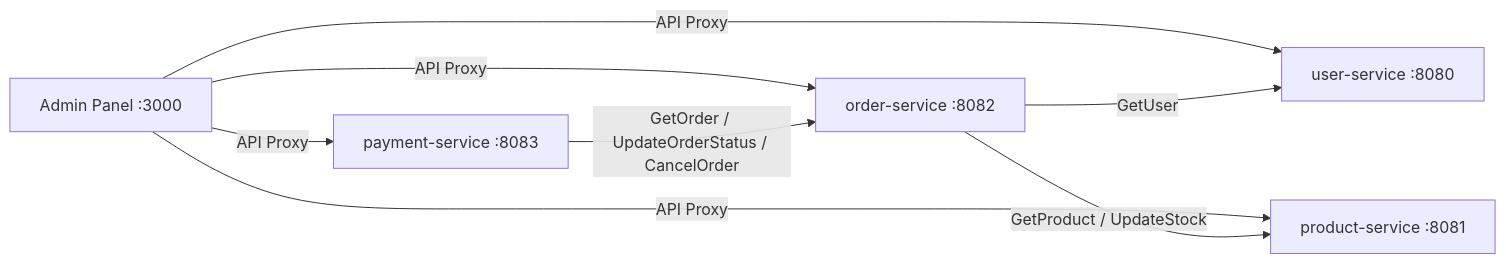
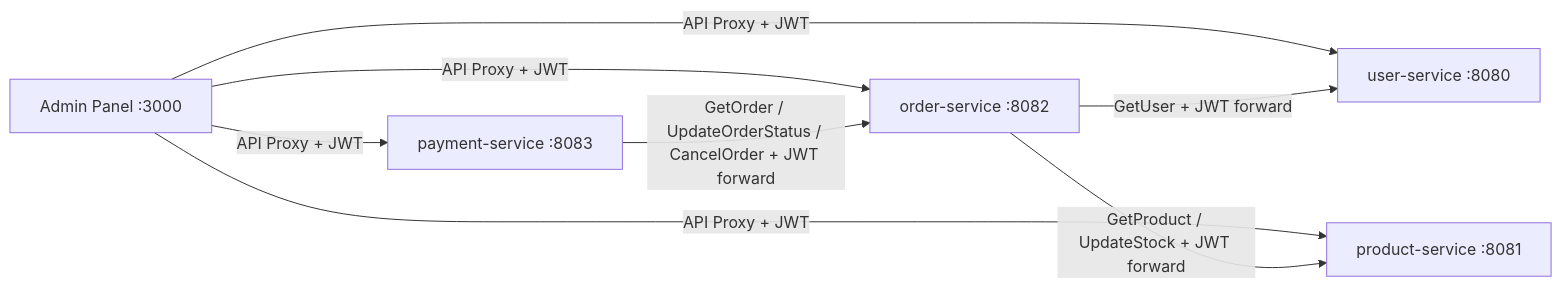
One commit to kkito0726/golang-connect-microservice changed the first of 5 diagrams in README.md. Above: the diagram before and after it, drawn with Mermaid. The commit also changed other lines of this file, not shown here.

````diff
--- a/README.md
+++ b/README.md
@@ -41,10 +41,10 @@
 ```mermaid
 graph LR
-    UI[Admin Panel :3000] -->|API Proxy| B[user-service :8080]
-    UI -->|API Proxy| C[product-service :8081]
-    UI -->|API Proxy| A[order-service :8082]
-    UI -->|API Proxy| D[payment-service :8083]
-    A -->|GetUser| B
-    A -->|GetProduct / UpdateStock| C
-    D -->|GetOrder / UpdateOrderStatus / CancelOrder| A
+    UI[Admin Panel :3000] -->|API Proxy + JWT| B[user-service :8080]
+    UI -->|API Proxy + JWT| C[product-service :8081]
+    UI -->|API Proxy + JWT| A[order-service :8082]
+    UI -->|API Proxy + JWT| D[payment-service :8083]
+    A -->|GetUser + JWT forward| B
+    A -->|GetProduct / UpdateStock + JWT forward| C
+    D -->|GetOrder / UpdateOrderStatus / CancelOrder + JWT forward| A
 ```
````
